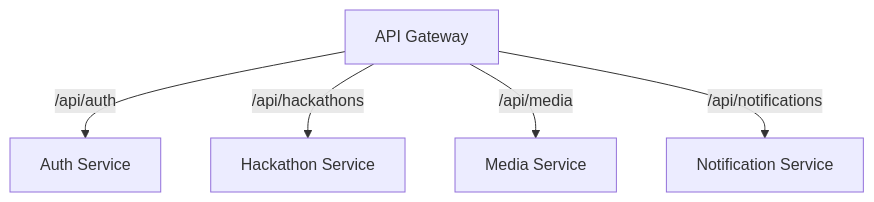
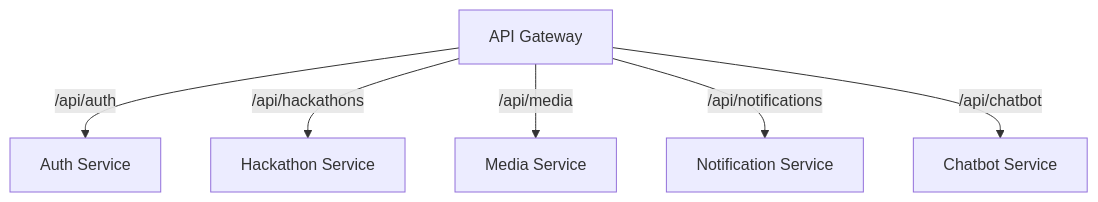
Before and after one commit to rahul-1901/distributedSystem: the second of 4 diagrams in backend/docs/api-gateway.md, drawn with Mermaid. The commit also changed other lines of this file and 46 other files, not shown here.

````diff
--- a/backend/docs/api-gateway.md
+++ b/backend/docs/api-gateway.md
@@ -59,8 +60,9 @@
 ```mermaid
 graph TD
     Gateway["API Gateway"]
     Gateway -->|"/api/auth"| Auth["Auth Service"]
     Gateway -->|"/api/hackathons"| Hackathon["Hackathon Service"]
     Gateway -->|"/api/media"| Media["Media Service"]
     Gateway -->|"/api/notifications"| Notification["Notification Service"]
+    Gateway -->|"/api/chatbot"| Chatbot["Chatbot Service"]
 ```
````
